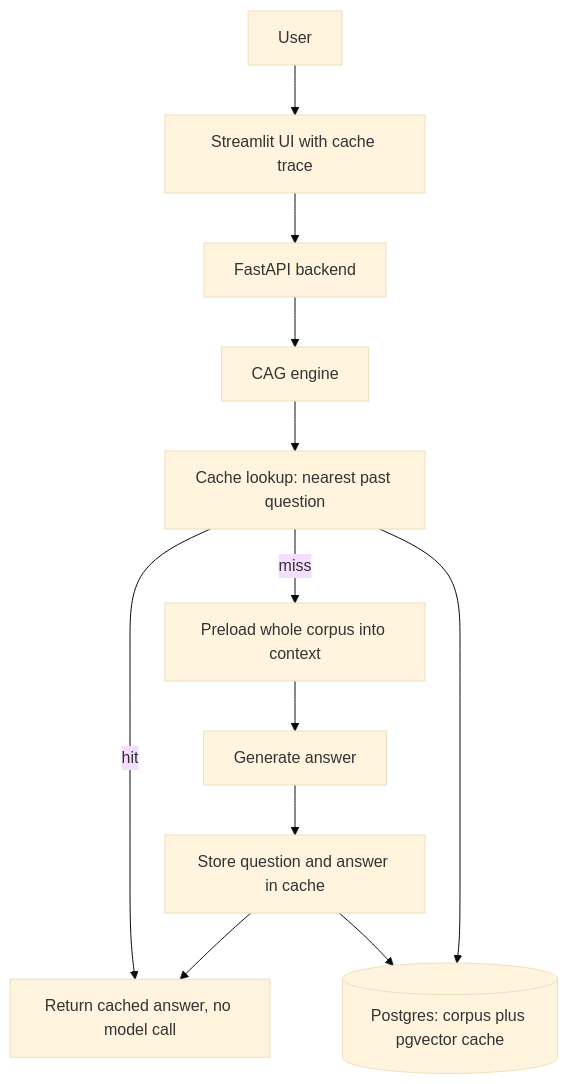
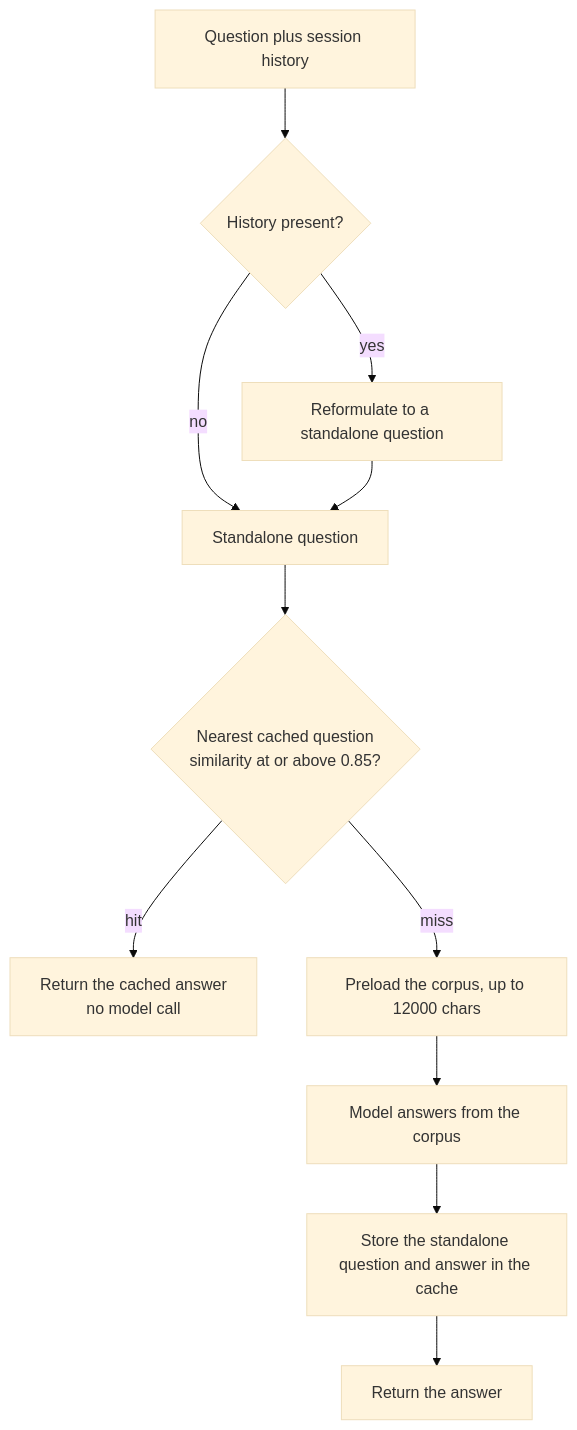
The sixth of 7 diagrams in README.md (mlvpatel/rag-cache-2024), drawn with Mermaid (base theme) before and after one commit. The commit also changed other lines of this file, not shown here.

````diff
--- a/README.md
+++ b/README.md
@@ -47,14 +152,13 @@
 ```mermaid
-graph TD
-    User[User] --> UI[Streamlit UI with cache trace]
-    UI --> API[FastAPI backend]
-    API --> Engine[CAG engine]
-    Engine --> Lookup[Cache lookup: nearest past question]
-    Lookup -->|hit| Done[Return cached answer, no model call]
-    Lookup -->|miss| Corpus[Preload whole corpus into context]
-    Corpus --> Generate[Generate answer]
-    Generate --> Store[Store question and answer in cache]
-    Store --> Done
-    Lookup --> PG[(Postgres: corpus plus pgvector cache)]
-    Store --> PG
+flowchart TD
+    Q[Question plus session history] --> H{History present?}
+    H -- yes --> RF[Reformulate to a standalone question]
+    H -- no --> SQ[Standalone question]
+    RF --> SQ
+    SQ --> C{Nearest cached question<br>similarity at or above 0.85?}
+    C -- hit --> A1[Return the cached answer<br>no model call]
+    C -- miss --> P[Preload the corpus, up to 12000 chars]
+    P --> G[Model answers from the corpus]
+    G --> S[Store the standalone question and answer in the cache]
+    S --> A2[Return the answer]
 ```
````
